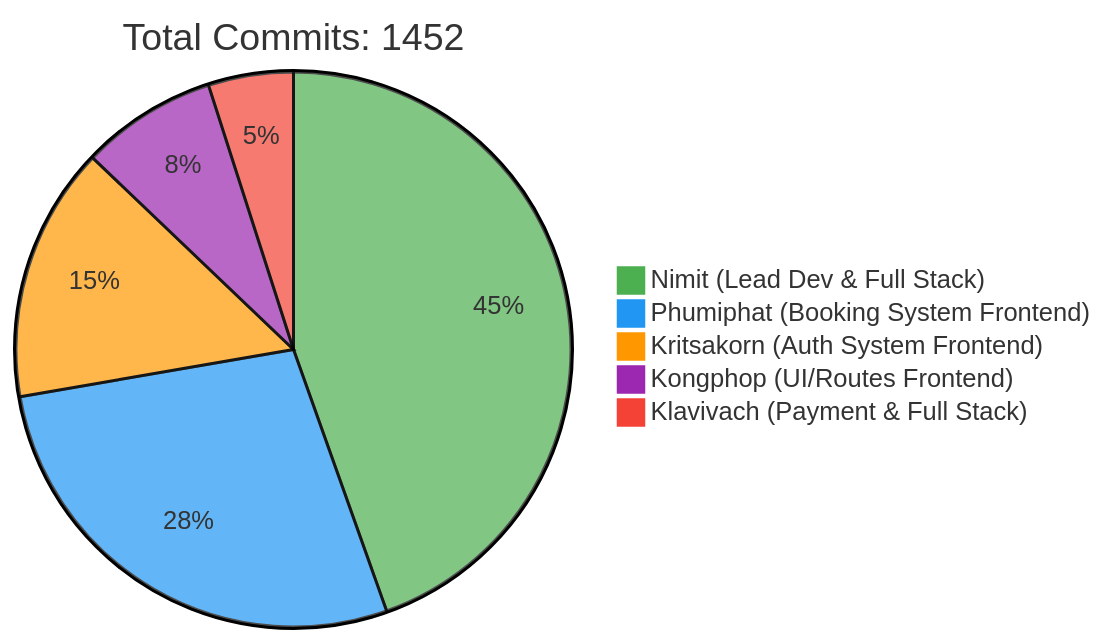
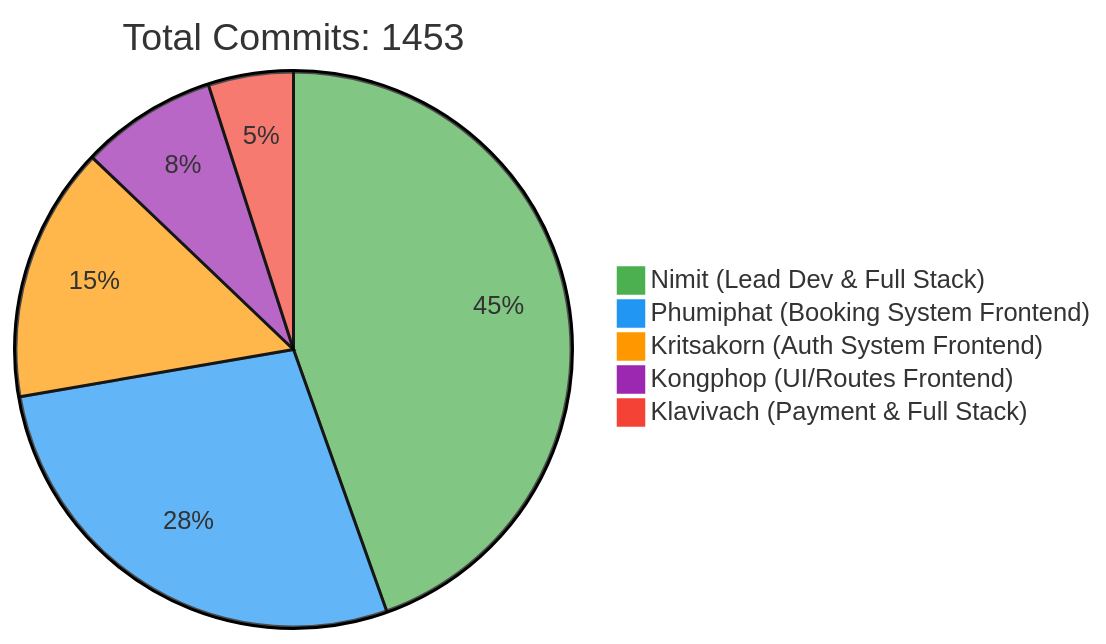
The first of 2 diagrams in README.md (6531503042/Sport-Complex), drawn with Mermaid before and after one commit. The commit also changed other lines of this file, not shown here.

Commit message:
docs: Update contributor statistics [skip ci]

````diff
--- a/README.md
+++ b/README.md
@@ -257,10 +257,10 @@
 ```mermaid
 %%{init: {'theme': 'base', 'themeVariables': { 'pie1': '#4CAF50', 'pie2': '#2196F3', 'pie3': '#FF9800', 'pie4': '#9C27B0', 'pie5': '#F44336'}}}%%
 pie
-    title Total Commits: 1452
+    title Total Commits: 1453
     "Nimit (Lead Dev & Full Stack)" : 450
     "Phumiphat (Booking System Frontend)" : 280
     "Kritsakorn (Auth System Frontend)" : 150
     "Kongphop (UI/Routes Frontend)" : 80
     "Klavivach (Payment & Full Stack)" : 50
 ```
````
